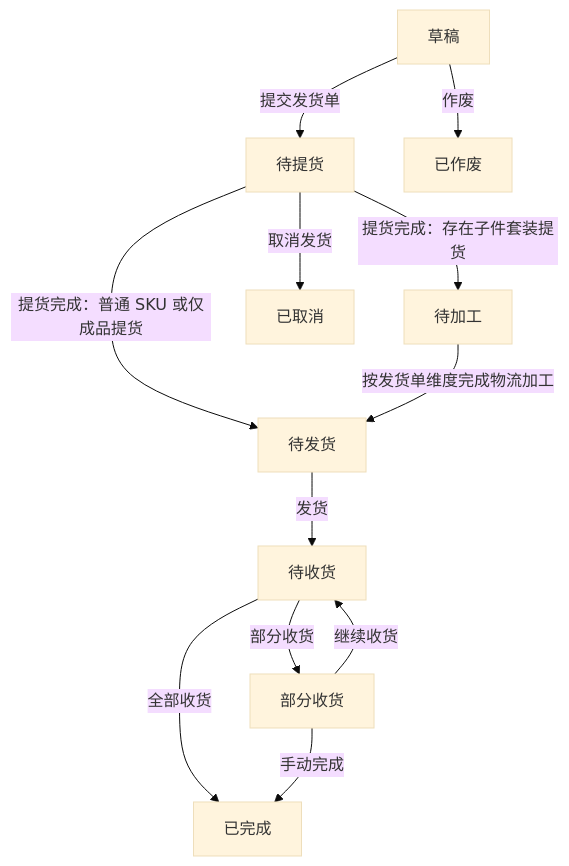
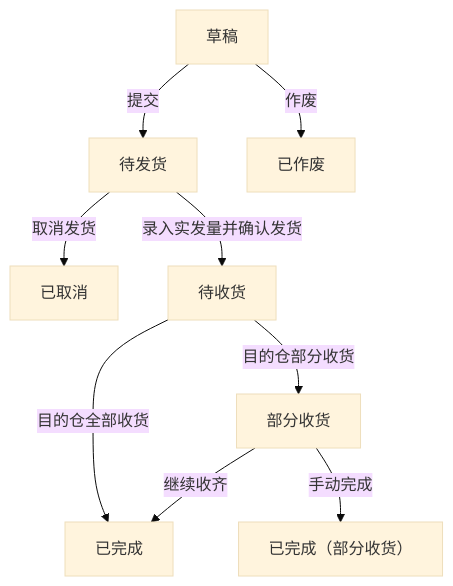
One commit to heiquanrenheiquanren-lab/Middle-Platform-Pages changed the third of 3 diagrams in docs/BUSINESS_LOGIC.md. Above: the diagram before and after it, drawn with Mermaid (base theme). The commit also changed other lines of this file and 32 other files, not shown here.

````diff
--- a/docs/BUSINESS_LOGIC.md
+++ b/docs/BUSINESS_LOGIC.md
@@ -835,14 +843,11 @@
 ```mermaid
 flowchart TD
-    A[草稿] -->|提交发货单| B[待提货]
+    A[草稿] -->|提交| B[待发货]
     A -->|作废| X[已作废]
-    B -->|提货完成：普通 SKU 或仅成品提货| C[待发货]
-    B -->|提货完成：存在子件套装提货| D[待加工]
-    D -->|按发货单维度完成物流加工| C
-    C -->|发货| E[待收货]
-    E -->|全部收货| F[已完成]
-    E -->|部分收货| G[部分收货]
-    G -->|继续收货| E
-    G -->|手动完成| F
     B -->|取消发货| H[已取消]
+    B -->|录入实发量并确认发货| C[待收货]
+    C -->|目的仓全部收货| F[已完成]
+    C -->|目的仓部分收货| G[部分收货]
+    G -->|继续收齐| F
+    G -->|手动完成| I[已完成（部分收货）]
 ```
````
